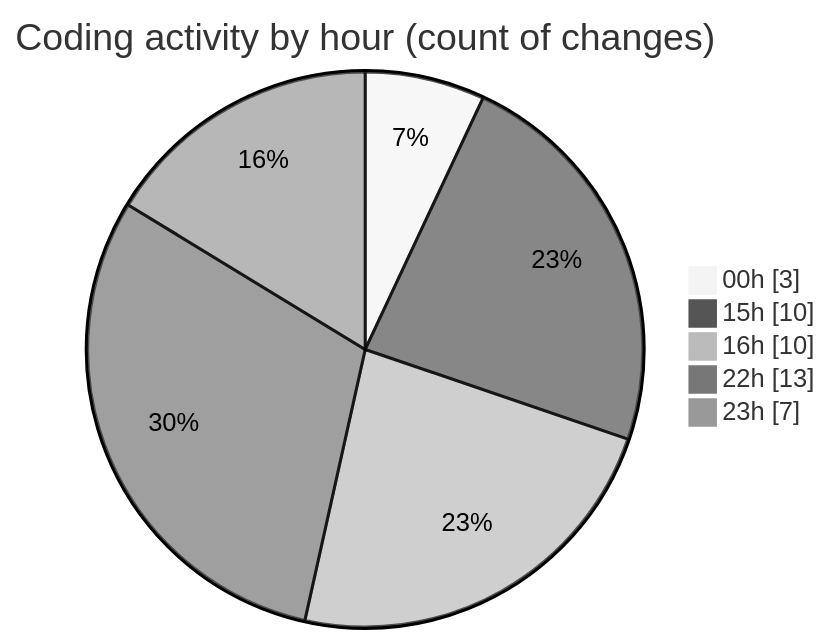
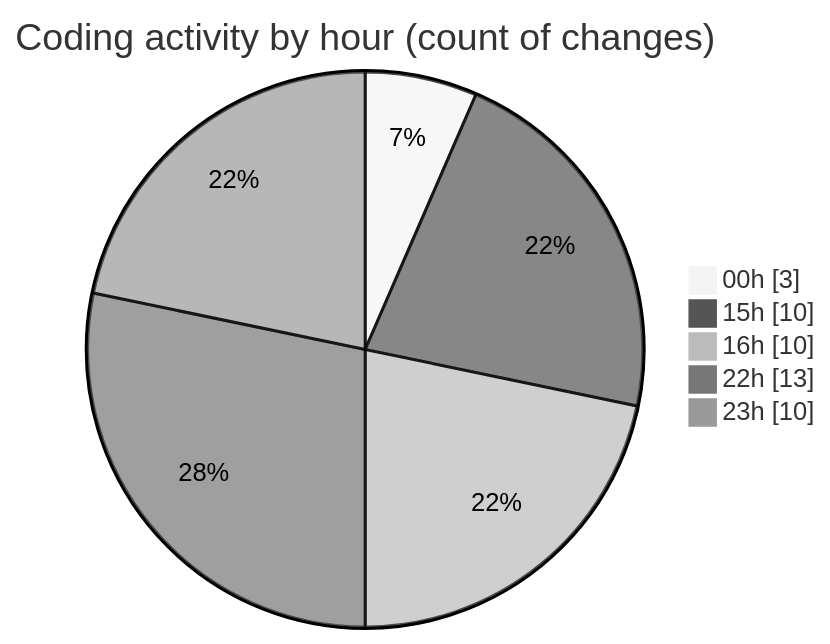
Before and after one commit to idhammustaqopulfikri/code-tracking: the second of 2 diagrams in 2025-03-30/autodidak/README.md, drawn with Mermaid (neutral theme). The commit also changed other lines of this file and 1 other file, not shown here.

````diff
--- a/2025-03-30/autodidak/README.md
+++ b/2025-03-30/autodidak/README.md
@@ -37,9 +37,9 @@
 ```mermaid
 pie showData
 title Coding activity by hour (count of changes)
 "00h" : 3
 "15h" : 10
 "16h" : 10
 "22h" : 13
-"23h" : 7
+"23h" : 10
 ```
````
